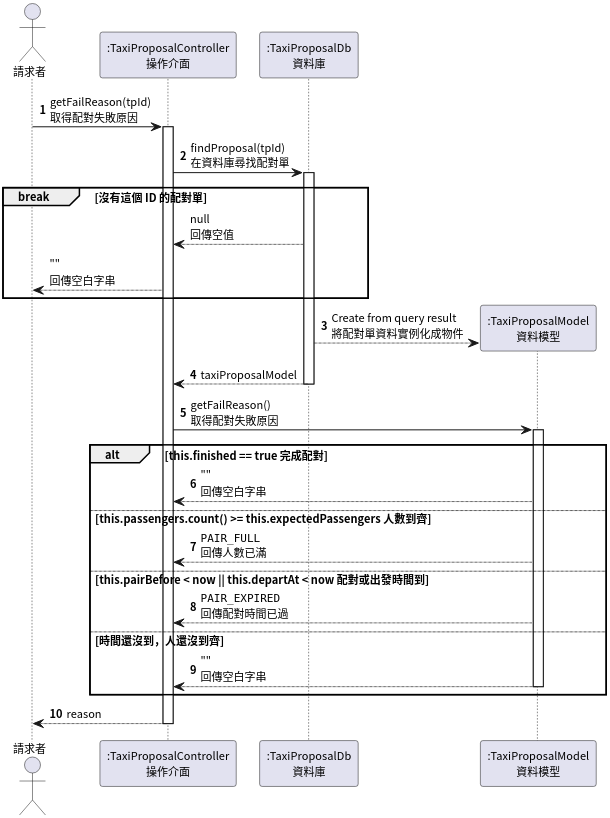
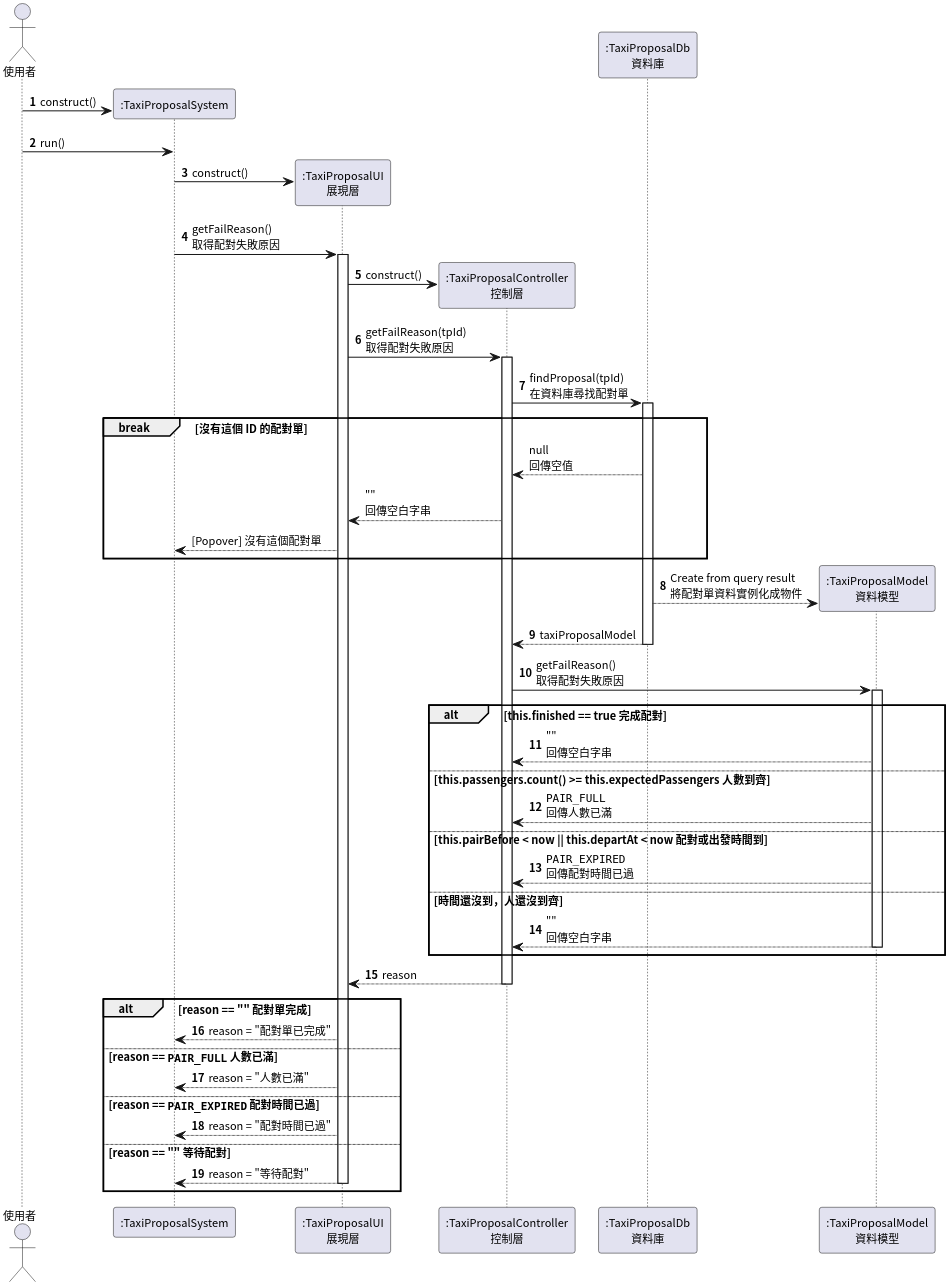
The third of 6 diagrams in semester-4/system-analysis/localized/sequence-diagram.plantuml (pan93412/nkust-homework), drawn with PlantUML before and after one commit. The commit also changed other lines of this file and 2 other files, not shown here.

Commit message:
s4: system-analysis: class-diagram: Clean up

```diff
--- a/semester-4/system-analysis/localized/sequence-diagram.plantuml
+++ b/semester-4/system-analysis/localized/sequence-diagram.plantuml
@@ -76,43 +109,63 @@
 @startuml TaxiProposalGetFailReason
 
 autonumber
 skinparam dpi 300
 skinparam linetype ortho
 skinparam defaultFontSize 11
 skinparam defaultFontName "Noto Sans CJK TC"
 
-actor Requester as "請求者"
-participant TaxiProposalController as ":TaxiProposalController\n操作介面"
+actor Requester as "使用者"
+participant TaxiProposalSystem as ":TaxiProposalSystem"
+participant TaxiProposalUI as ":TaxiProposalUI\n展現層"
+participant TaxiProposalController as ":TaxiProposalController\n控制層"
 participant TaxiProposalDb as ":TaxiProposalDb\n資料庫"
 
-Requester -> TaxiProposalController ++: getFailReason(tpId)\n取得配對失敗原因
+Requester -> TaxiProposalSystem **: construct()
+Requester -> TaxiProposalSystem: run()
+
+TaxiProposalSystem -> TaxiProposalUI **: construct()
+TaxiProposalSystem -> TaxiProposalUI ++: getFailReason()\n取得配對失敗原因
+
+TaxiProposalUI -> TaxiProposalController **: construct()
+TaxiProposalUI -> TaxiProposalController ++: getFailReason(tpId)\n取得配對失敗原因
 
 TaxiProposalController -> TaxiProposalDb ++: findProposal(tpId)\n在資料庫尋找配對單
 
 break 沒有這個 ID 的配對單
     autonumber stop
     TaxiProposalController <-- TaxiProposalDb: null\n回傳空值
-    Requester <-- TaxiProposalController: ""\n回傳空白字串
+    TaxiProposalUI <-- TaxiProposalController: ""\n回傳空白字串
+    TaxiProposalSystem <-- TaxiProposalUI: [Popover] 沒有這個配對單
 end
 
 autonumber resume
 
 create participant TaxiProposalModel as ":TaxiProposalModel\n資料模型"
 TaxiProposalDb --> TaxiProposalModel: Create from query result\n將配對單資料實例化成物件
 return taxiProposalModel
 
 TaxiProposalController -> TaxiProposalModel ++: getFailReason()\n取得配對失敗原因
 
 alt this.finished == true 完成配對
     TaxiProposalController <-- TaxiProposalModel: ""\n回傳空白字串
 else this.passengers.count() >= this.expectedPassengers 人數到齊
     TaxiProposalController <-- TaxiProposalModel: ""PAIR_FULL""\n回傳人數已滿
 else this.pairBefore < now || this.departAt < now 配對或出發時間到
     TaxiProposalController <-- TaxiProposalModel: ""PAIR_EXPIRED""\n回傳配對時間已過
 else 時間還沒到，人還沒到齊
     TaxiProposalController <-- TaxiProposalModel --: ""\n回傳空白字串
 end
 
 return reason
 
+alt reason == "" 配對單完成
+    TaxiProposalSystem <-- TaxiProposalUI: reason = "配對單已完成"
+else reason == ""PAIR_FULL"" 人數已滿
+    TaxiProposalSystem <-- TaxiProposalUI: reason = "人數已滿"
+else reason == ""PAIR_EXPIRED"" 配對時間已過
+    TaxiProposalSystem <-- TaxiProposalUI: reason = "配對時間已過"
+else reason == "" 等待配對
+    TaxiProposalSystem <-- TaxiProposalUI --: reason = "等待配對"
+end
+
 @enduml TaxiProposalGetFailReason
```
